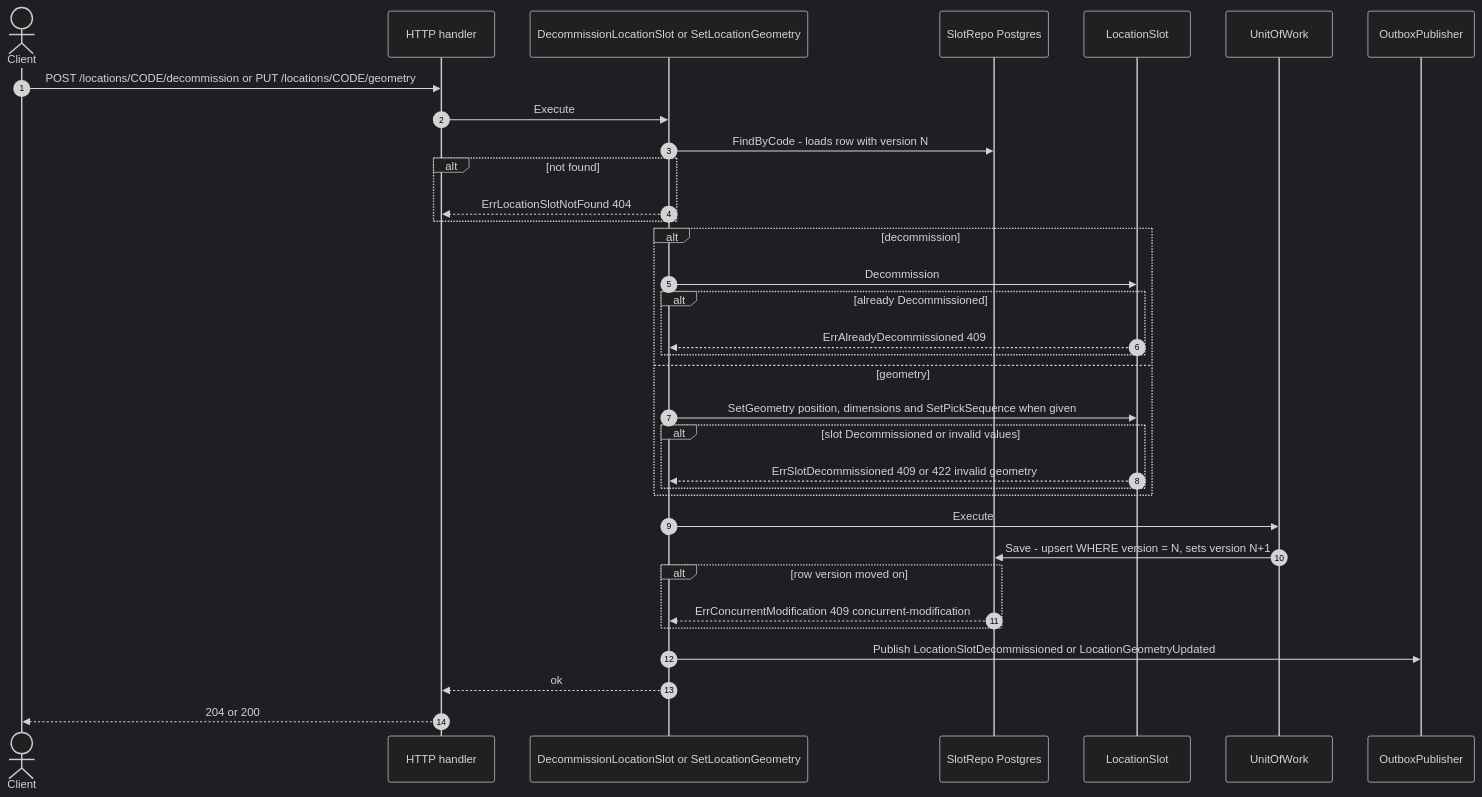
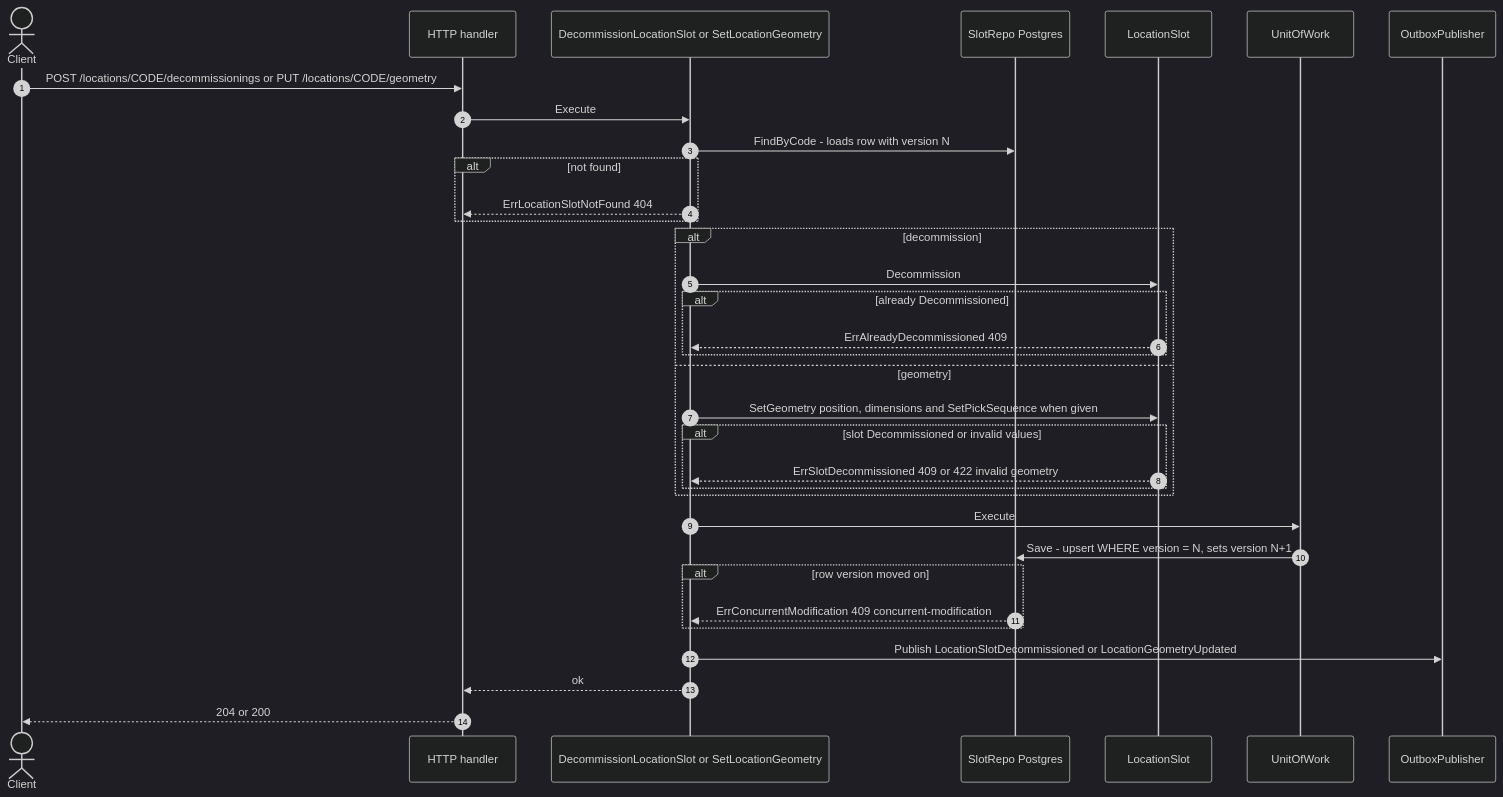
One commit to IQVO/warehouse-docs changed the third of 6 diagrams in docs/contexts/facility-layout/sequence-diagrams.md. Above: the diagram before and after it, drawn with Mermaid (dark theme). The commit also changed other lines of this file and 272 other files, not shown here.

````diff
--- a/docs/contexts/facility-layout/sequence-diagrams.md
+++ b/docs/contexts/facility-layout/sequence-diagrams.md
@@ -163,37 +163,37 @@
 ```mermaid
 sequenceDiagram
     autonumber
     actor C as Client
     participant H as HTTP handler
     participant UC as DecommissionLocationSlot or SetLocationGeometry
     participant SR as SlotRepo Postgres
     participant S as LocationSlot
     participant UOW as UnitOfWork
     participant OB as OutboxPublisher
 
-    C->>H: POST /locations/CODE/decommission or PUT /locations/CODE/geometry
+    C->>H: POST /locations/CODE/decommissionings or PUT /locations/CODE/geometry
     H->>UC: Execute
     UC->>SR: FindByCode - loads row with version N
     alt not found
         UC-->>H: ErrLocationSlotNotFound 404
     end
     alt decommission
         UC->>S: Decommission
         alt already Decommissioned
             S-->>UC: ErrAlreadyDecommissioned 409
         end
     else geometry
         UC->>S: SetGeometry position, dimensions and SetPickSequence when given
         alt slot Decommissioned or invalid values
             S-->>UC: ErrSlotDecommissioned 409 or 422 invalid geometry
         end
     end
     UC->>UOW: Execute
     UOW->>SR: Save - upsert WHERE version = N, sets version N+1
     alt row version moved on
         SR-->>UC: ErrConcurrentModification 409 concurrent-modification
     end
     UC->>OB: Publish LocationSlotDecommissioned or LocationGeometryUpdated
     UC-->>H: ok
     H-->>C: 204 or 200
 ```
````
